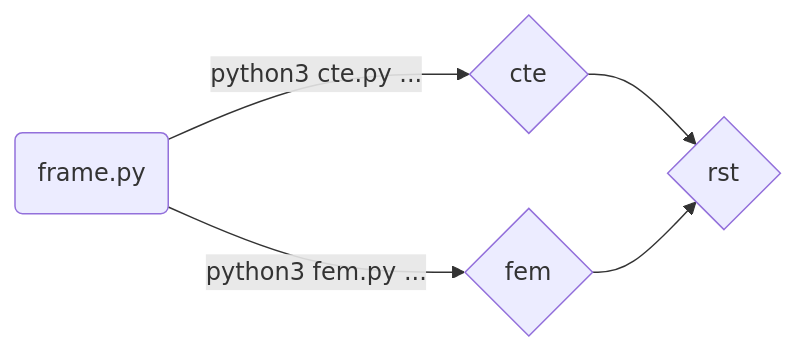
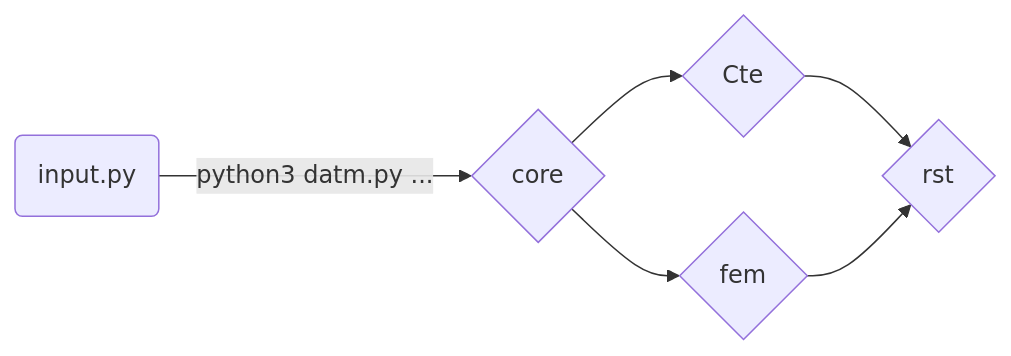
Before and after one commit to cchiw/Diderot-Dev-Examples: the first of 3 diagrams in tool_DATm/readme.md, drawn with Mermaid. The commit also changed other lines of this file, not shown here.

````diff
--- a/tool_DATm/readme.md
+++ b/tool_DATm/readme.md
@@ -80,7 +91,8 @@
 ```mermaid
 graph LR
-L(frame.py) -- python3 cte.py ... --> C{cte}
-L(frame.py)  -- python3 fem.py ... --> f{fem}
+L(input.py) -- python3 datm.py ... --> Cr{core}
+Cr --> C{Cte}
+Cr --> f{fem}
 C --> R{rst}
 f --> R{rst}
 ```
````
